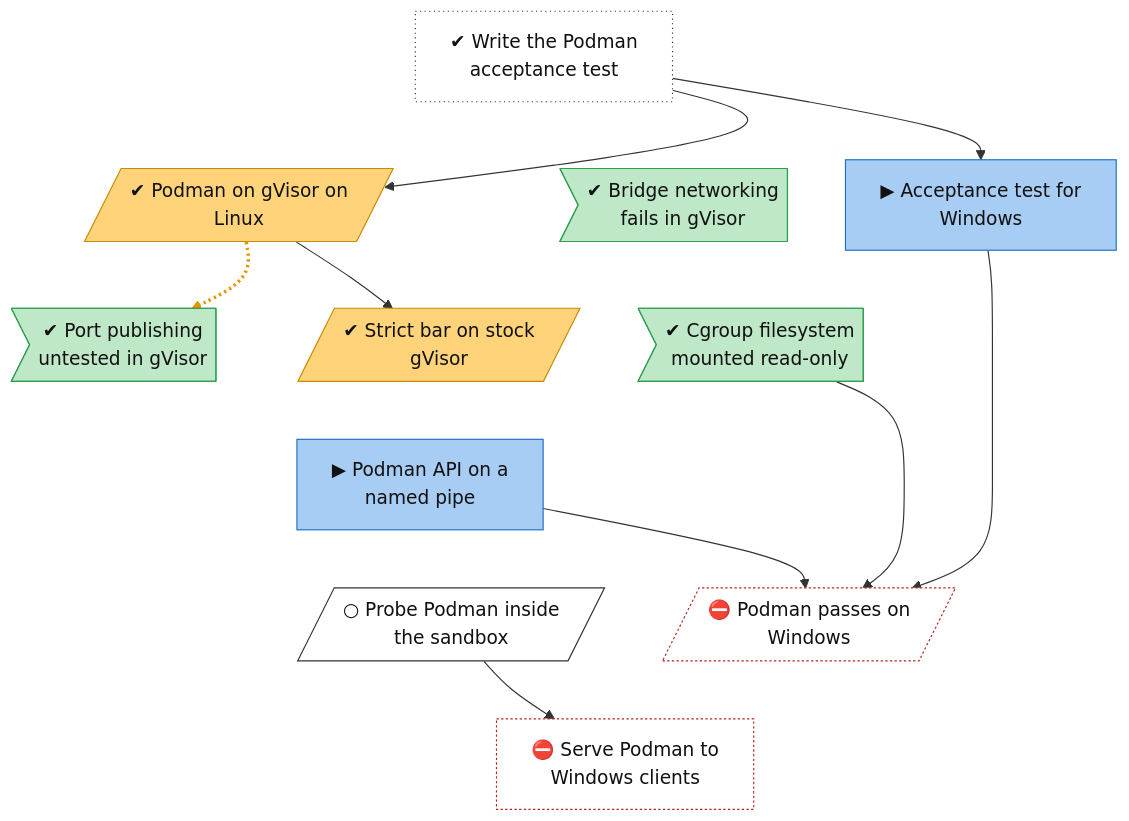
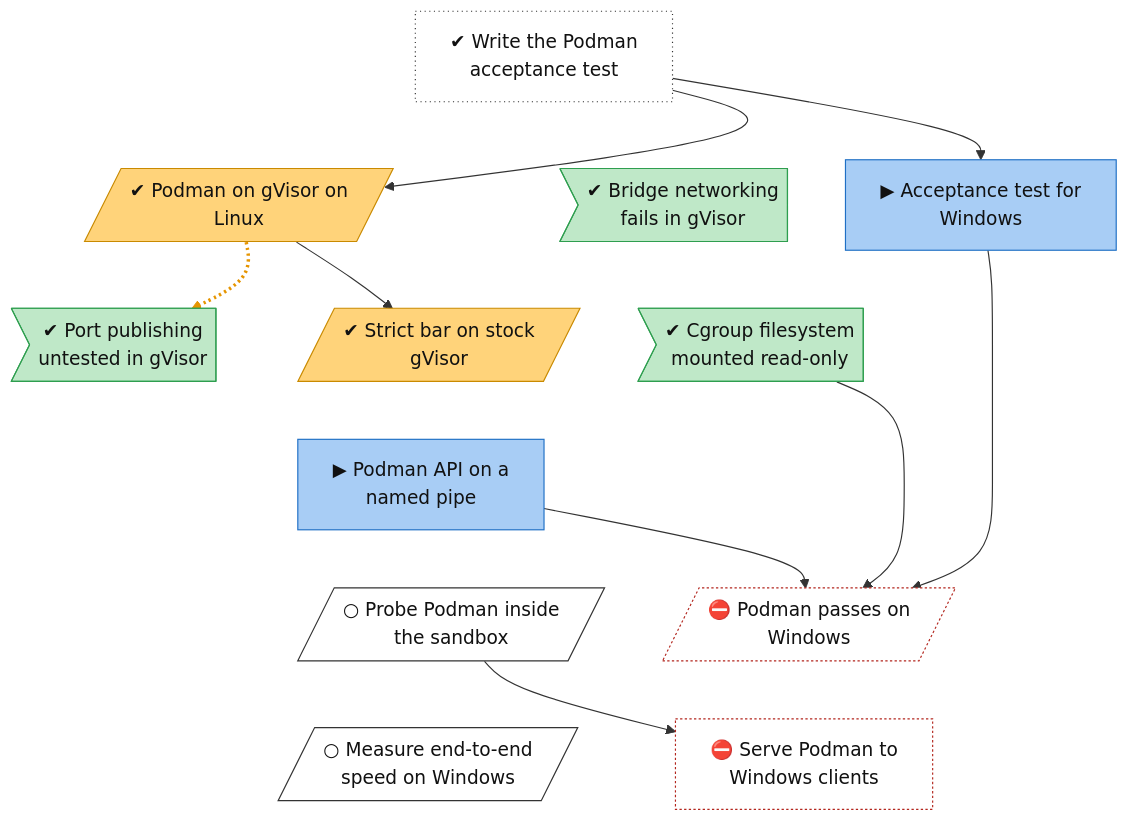
The diagram in docs/roadmap/tracks/workloads.md (lhns/gvisor-windows), drawn with Mermaid before and after one commit. The commit also changed other lines of this file and 6 other files, not shown here.

````diff
--- a/docs/roadmap/tracks/workloads.md
+++ b/docs/roadmap/tracks/workloads.md
@@ -10,56 +10,57 @@
 ```mermaid
 flowchart TB
     workloads_acceptance_test["✔ Write the Podman<br/>acceptance test"]
     workloads_podman_on_gvisor_linux[/"✔ Podman on gVisor on<br/>Linux"/]
     workloads_acceptance_test_windows["▶ Acceptance test for<br/>Windows"]
     workloads_gvisor_bridge_netlink>"✔ Bridge networking<br/>fails in gVisor"]
     workloads_gvisor_port_publishing>"✔ Port publishing<br/>untested in gVisor"]
     workloads_strict_bar_linux[/"✔ Strict bar on stock<br/>gVisor"/]
     workloads_gvisor_cgroupfs_readonly>"✔ Cgroup filesystem<br/>mounted read-only"]
     workloads_podman_api_named_pipe["▶ Podman API on a<br/>named pipe"]
     workloads_podman_on_windows[/"⛔ Podman passes on<br/>Windows"/]
     workloads_podman_probe[/"○ Probe Podman inside<br/>the sandbox"/]
     workloads_podman_harness["⛔ Serve Podman to<br/>Windows clients"]
+    workloads_end_to_end_speed[/"○ Measure end-to-end<br/>speed on Windows"/]
     workloads_acceptance_test ~~~ workloads_podman_on_gvisor_linux
     workloads_acceptance_test ~~~ workloads_acceptance_test_windows
     workloads_acceptance_test ~~~ workloads_gvisor_bridge_netlink
     workloads_podman_on_gvisor_linux ~~~ workloads_gvisor_port_publishing
     workloads_acceptance_test_windows ~~~ workloads_strict_bar_linux
     workloads_gvisor_bridge_netlink ~~~ workloads_gvisor_cgroupfs_readonly
     workloads_gvisor_port_publishing ~~~ workloads_podman_api_named_pipe
     workloads_strict_bar_linux ~~~ workloads_podman_api_named_pipe
     workloads_gvisor_cgroupfs_readonly ~~~ workloads_podman_api_named_pipe
     workloads_podman_api_named_pipe ~~~ workloads_podman_on_windows
     workloads_podman_api_named_pipe ~~~ workloads_podman_probe
     workloads_podman_on_windows ~~~ workloads_podman_harness
-    workloads_podman_probe ~~~ workloads_podman_harness
+    workloads_podman_probe ~~~ workloads_end_to_end_speed
     workloads_acceptance_test --> workloads_podman_on_gvisor_linux
     workloads_podman_on_gvisor_linux -.-> workloads_gvisor_port_publishing
     workloads_acceptance_test --> workloads_acceptance_test_windows
     workloads_podman_on_gvisor_linux --> workloads_strict_bar_linux
     workloads_acceptance_test_windows --> workloads_podman_on_windows
     workloads_gvisor_cgroupfs_readonly --> workloads_podman_on_windows
     workloads_podman_api_named_pipe --> workloads_podman_on_windows
     workloads_podman_probe --> workloads_podman_harness
     linkStyle 14 stroke:#e69500,stroke-width:3px,stroke-dasharray:2 3
     classDef vsucc fill:#2e9e4f,stroke:#1b6b34,color:#fff
     classDef succ fill:#bfe8c8,stroke:#2e9e4f,color:#111
     classDef mixed fill:#ffd37a,stroke:#c98a00,color:#111
     classDef bad fill:#f28b82,stroke:#b3261e,color:#111
     classDef dead fill:#e6e6e6,stroke:#777,stroke-dasharray:5 5,color:#555
     classDef inprog fill:#a8cdf5,stroke:#1f6fc5,color:#111
     classDef next fill:#fff,stroke:#333,color:#111
     classDef blocked fill:#fff,stroke:#b3261e,stroke-dasharray:2 2,color:#111
     classDef parked fill:#f3f3f3,stroke:#999,color:#555
     classDef unrated fill:#fff,stroke:#333,stroke-dasharray:1 3,color:#111
     classDef gate fill:#d9c2f0,stroke:#7b3fb5,color:#111
     classDef decided fill:#ece0f7,stroke:#7b3fb5,stroke-dasharray:2 2,color:#111
     classDef finding fill:#ffe0b2,stroke:#d84315,stroke-width:2px,color:#111
     classDef waiting fill:#e3f2fd,stroke:#1f6fc5,stroke-dasharray:5 5,color:#111
     class workloads_acceptance_test unrated
     class workloads_podman_on_gvisor_linux,workloads_strict_bar_linux mixed
     class workloads_acceptance_test_windows,workloads_podman_api_named_pipe inprog
     class workloads_gvisor_bridge_netlink,workloads_gvisor_port_publishing,workloads_gvisor_cgroupfs_readonly succ
     class workloads_podman_on_windows,workloads_podman_harness blocked
-    class workloads_podman_probe next
+    class workloads_podman_probe,workloads_end_to_end_speed next
 ```
````
